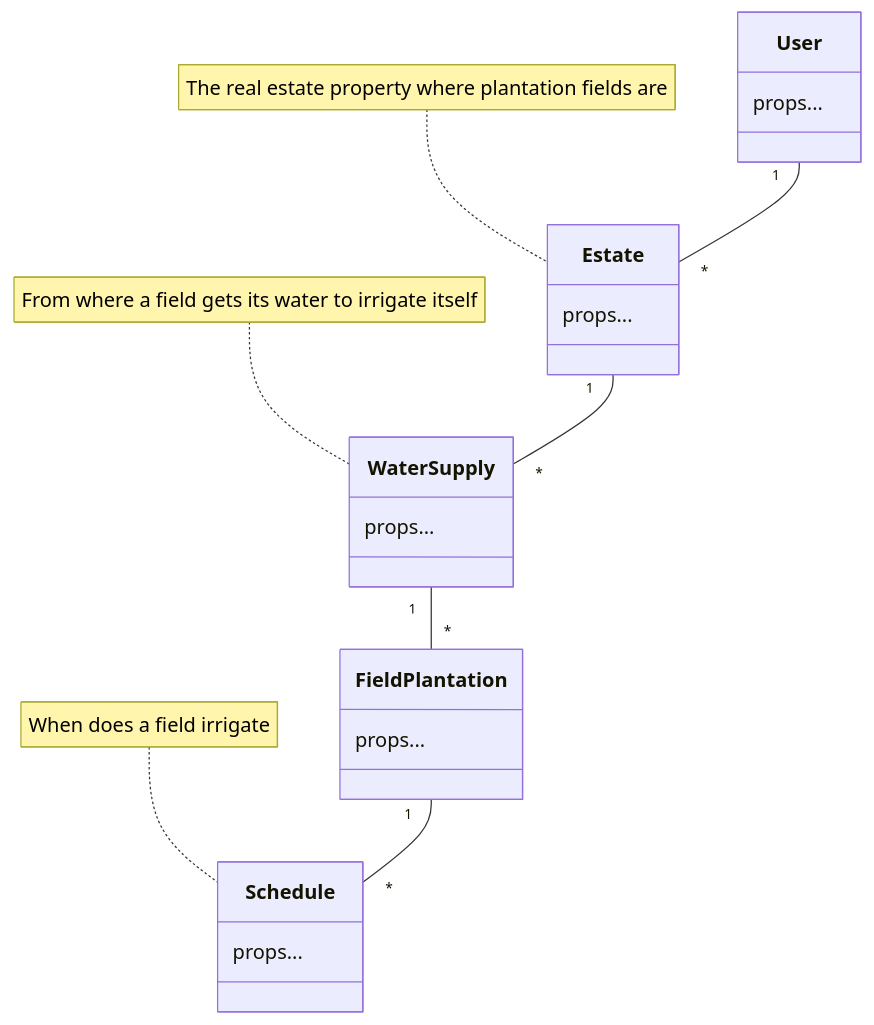
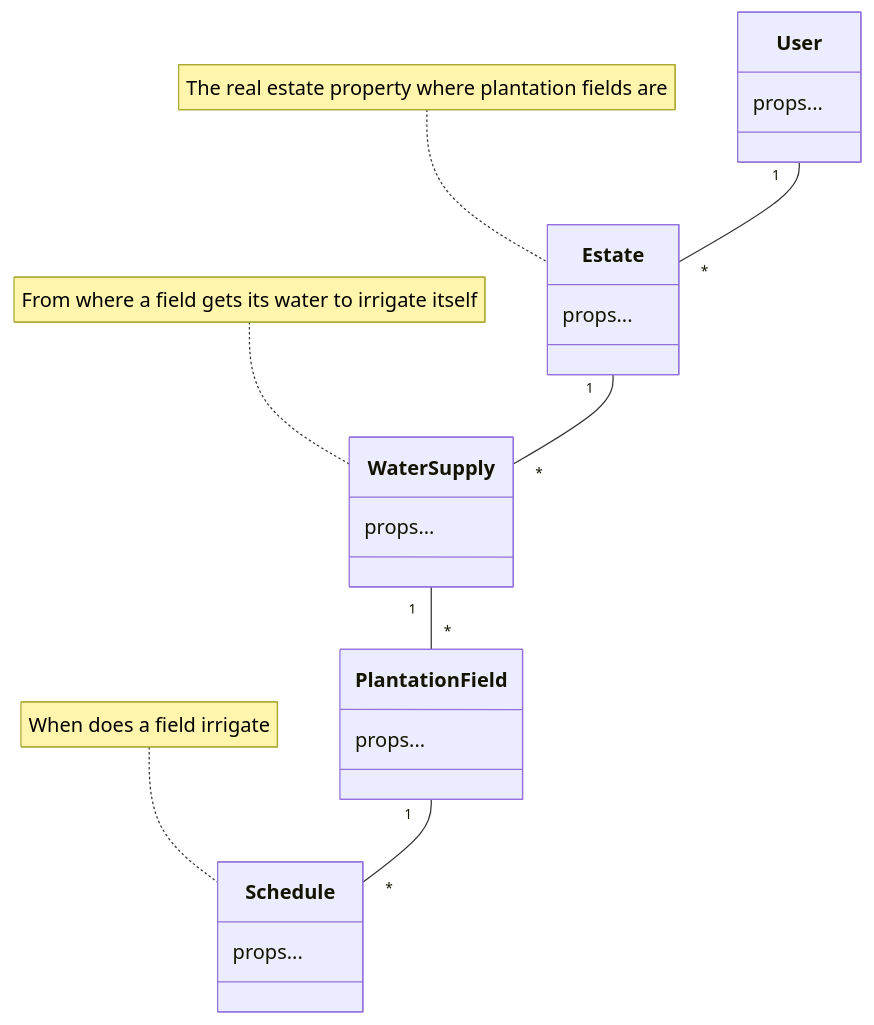
One commit to faustom721/irrigator changed the diagram in readme.md. Above: the diagram before and after it, drawn with Mermaid. The commit also changed 7 other files, not shown here.

Commit message:
Changed FieldPlantation model name for PlantationField

````diff
--- a/readme.md
+++ b/readme.md
@@ -5,31 +5,31 @@
 ``` mermaid
   classDiagram
     
     User "1" -- "*" Estate
     Estate "1" -- "*" WaterSupply
-    WaterSupply "1" -- "*" FieldPlantation
-    FieldPlantation "1" -- "*" Schedule
+    WaterSupply "1" -- "*" PlantationField
+    PlantationField "1" -- "*" Schedule
 
     class User {
       props...
     }
     
     note for Estate "The real estate property where plantation fields are"
     class Estate {
       props...
     }
 
     note for WaterSupply "From where a field gets its water to irrigate itself"
     class WaterSupply {
       props...
     }
 
-    class FieldPlantation {
+    class PlantationField {
       props...
     }
 
     note for Schedule "When does a field irrigate"
     class Schedule {
       props...
     }
 ```
````
